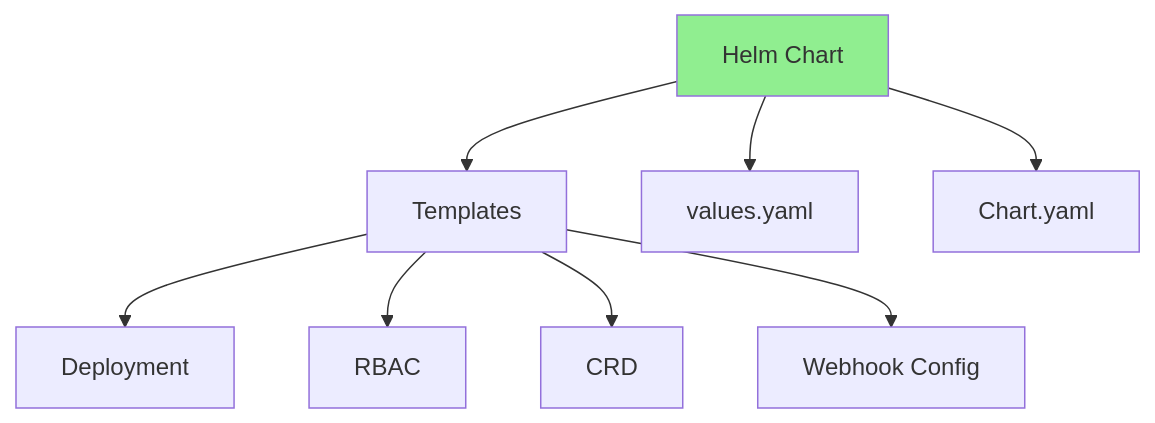
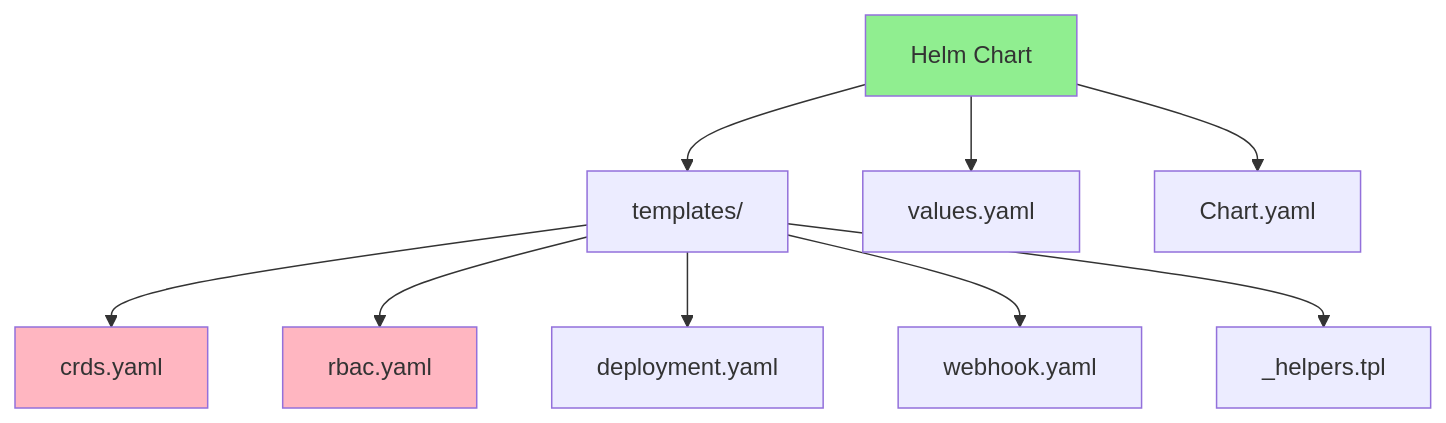
Before and after one commit to piyushjajoo/k8s-operators-course: the third of 9 diagrams in module-07/lessons/01-packaging-distribution.md, drawn with Mermaid. The commit also changed other lines of this file and 24 other files, not shown here.

````diff
--- a/module-07/lessons/01-packaging-distribution.md
+++ b/module-07/lessons/01-packaging-distribution.md
@@ -135,15 +201,18 @@
 ```mermaid
 graph TB
     CHART[Helm Chart]
     
-    CHART --> TEMPLATES[Templates]
+    CHART --> TEMPLATES[templates/]
     CHART --> VALUES[values.yaml]
     CHART --> CHARTS[Chart.yaml]
     
-    TEMPLATES --> DEPLOYMENT[Deployment]
-    TEMPLATES --> RBAC[RBAC]
-    TEMPLATES --> CRD[CRD]
-    TEMPLATES --> WEBHOOK[Webhook Config]
+    TEMPLATES --> CRD[crds.yaml]
+    TEMPLATES --> RBAC[rbac.yaml]
+    TEMPLATES --> DEPLOYMENT[deployment.yaml]
+    TEMPLATES --> WEBHOOK[webhook.yaml]
+    TEMPLATES --> HELPERS[_helpers.tpl]
     
     style CHART fill:#90EE90
+    style CRD fill:#FFB6C1
+    style RBAC fill:#FFB6C1
 ```
````
